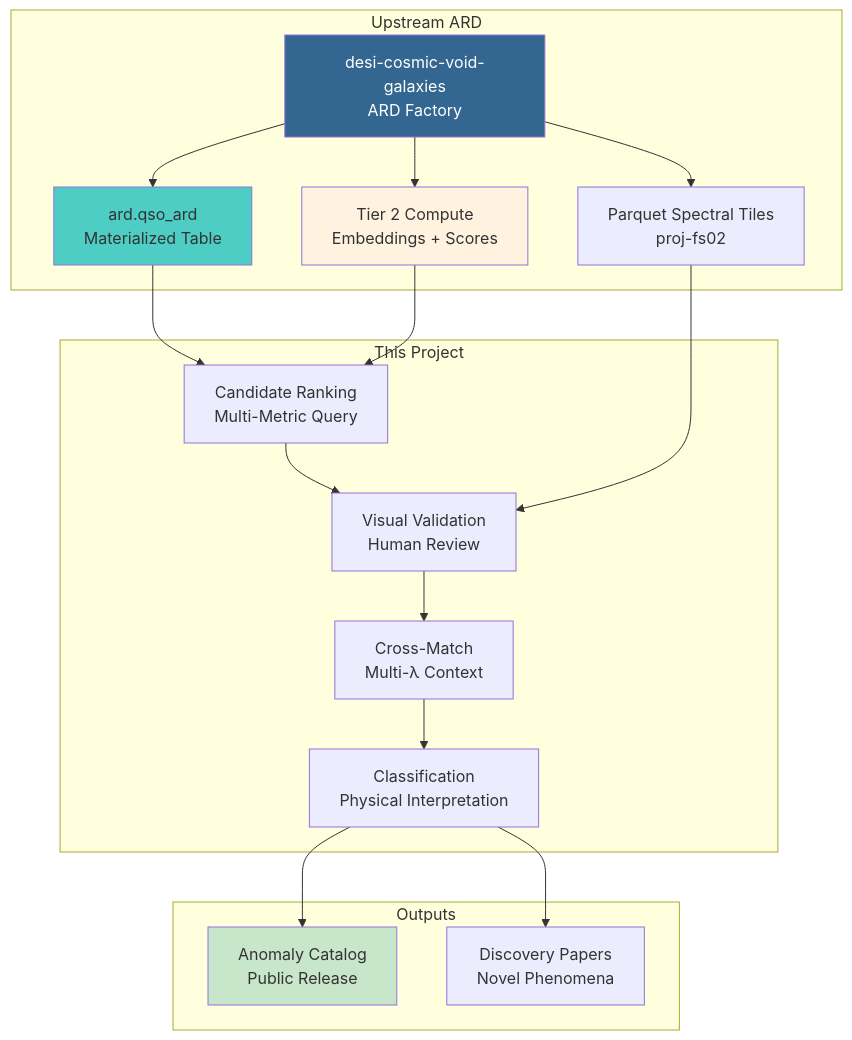
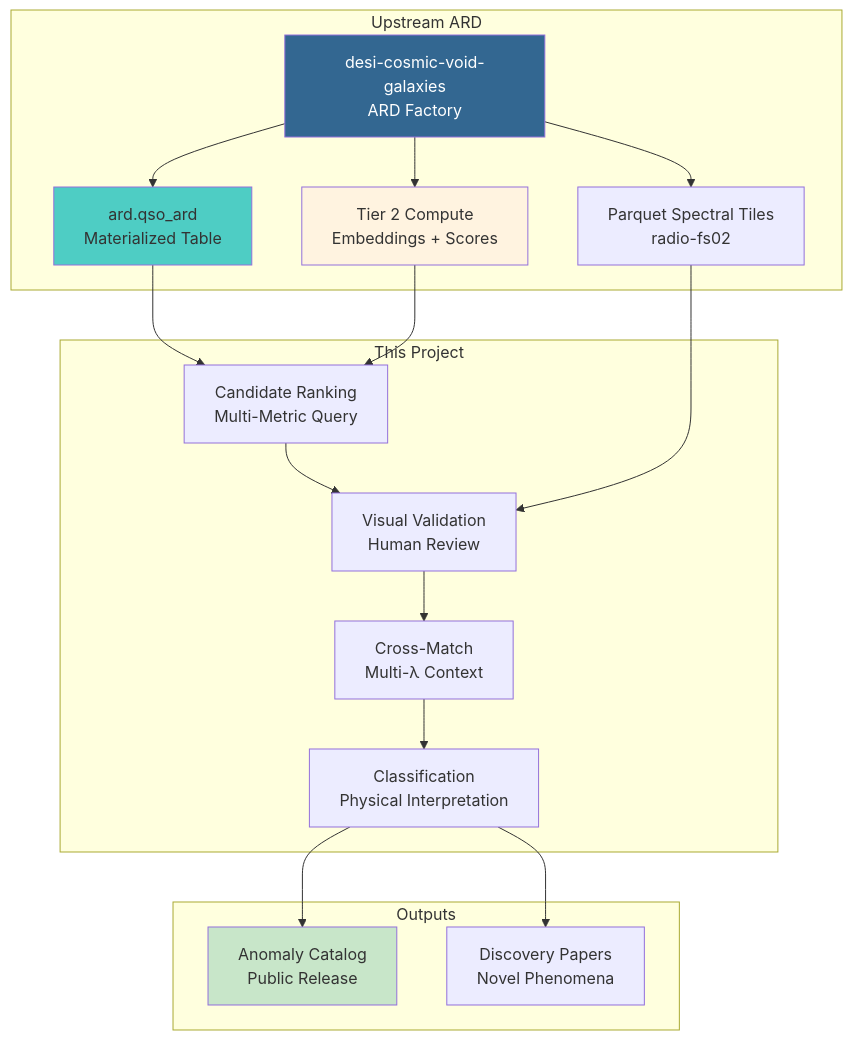
One commit to radioastronomyio/desi-qso-anomaly-detection changed the diagram in README.md. Above: the diagram before and after it, drawn with Mermaid. The commit also changed other lines of this file and 24 other files, not shown here.

````diff
--- a/README.md
+++ b/README.md
@@ -151,27 +151,27 @@
 ```mermaid
 graph TD
     subgraph "Upstream ARD"
         A1[desi-cosmic-void-galaxies<br/>ARD Factory] --> A2[ard.qso_ard<br/>Materialized Table]
         A1 --> A3[Tier 2 Compute<br/>Embeddings + Scores]
-        A1 --> A4[Parquet Spectral Tiles<br/>proj-fs02]
+        A1 --> A4[Parquet Spectral Tiles<br/>radio-fs02]
     end
     
     subgraph "This Project"
         A2 --> B1[Candidate Ranking<br/>Multi-Metric Query]
         A3 --> B1
         B1 --> B2[Visual Validation<br/>Human Review]
         A4 --> B2
         B2 --> B3[Cross-Match<br/>Multi-λ Context]
         B3 --> B4[Classification<br/>Physical Interpretation]
     end
     
     subgraph "Outputs"
         B4 --> C1[Anomaly Catalog<br/>Public Release]
         B4 --> C2[Discovery Papers<br/>Novel Phenomena]
     end
     
     style A1 fill:#336791,color:#fff
     style A2 fill:#4ecdc4
     style A3 fill:#fff3e0
     style C1 fill:#c8e6c9
 ```
````
